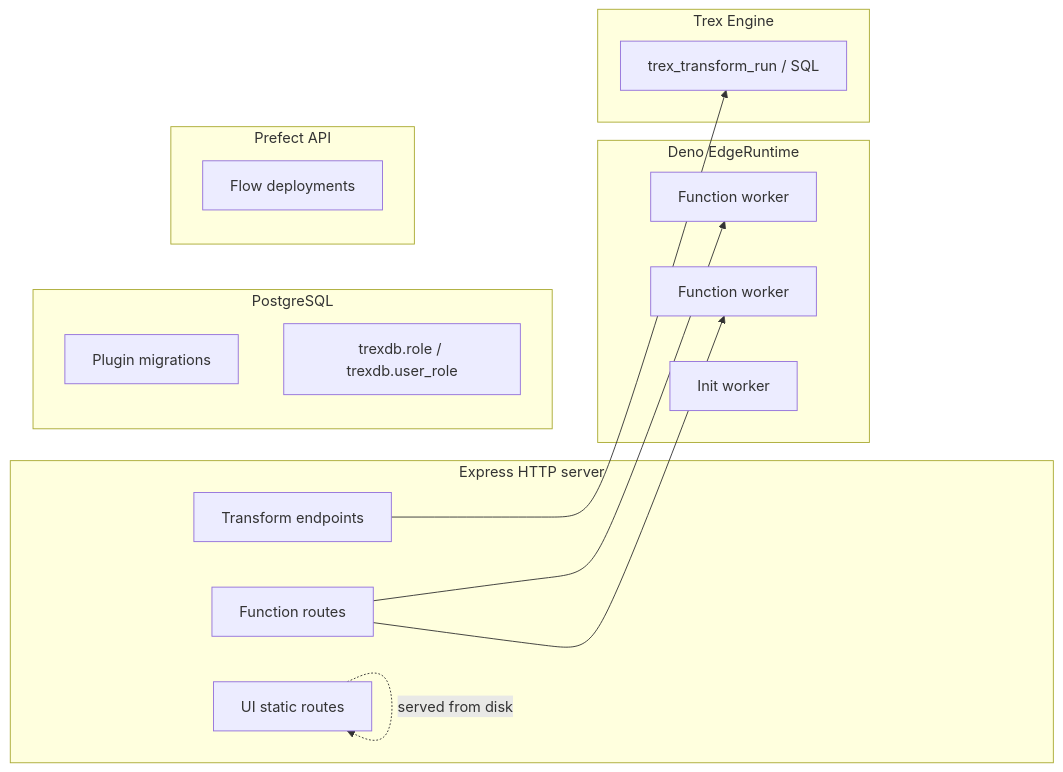
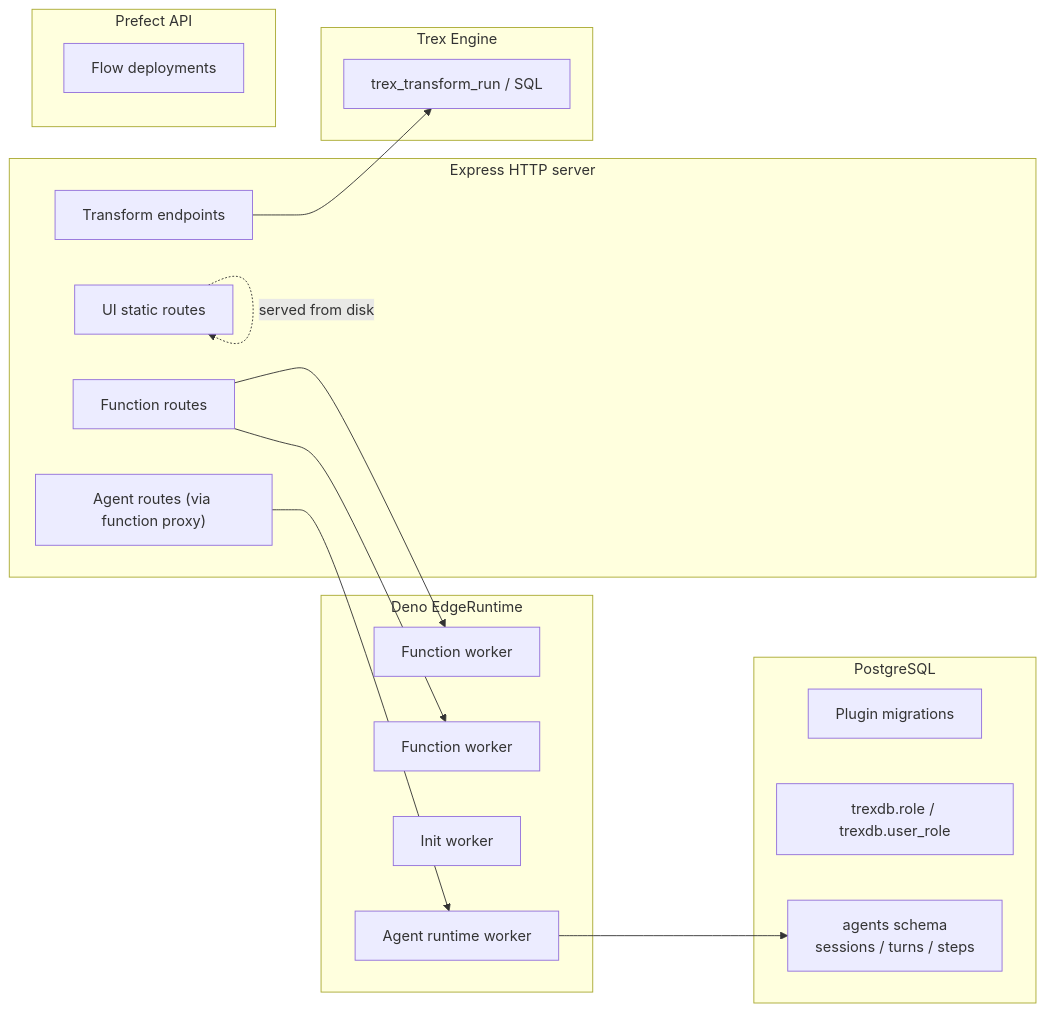
Before and after one commit to OHDSI/trex: the second of 2 diagrams in plugins/docs/docs/concepts/plugin-system.md, drawn with Mermaid. The commit also changed other lines of this file and 4 other files, not shown here.

First line of the commit message:
docs: add agent plugin type reference and update plugin-type diagrams

````diff
--- a/plugins/docs/docs/concepts/plugin-system.md
+++ b/plugins/docs/docs/concepts/plugin-system.md
@@ -106,32 +109,37 @@
 ```mermaid
 flowchart LR
     subgraph Express["Express HTTP server"]
         FunctionRoutes["Function routes"]
         UIStatic["UI static routes"]
         TransformEP["Transform endpoints"]
+        AgentRoutes["Agent routes (via function proxy)"]
     end
 
     subgraph DenoRuntime["Deno EdgeRuntime"]
         FnWorker1["Function worker"]
         FnWorker2["Function worker"]
         InitWorker["Init worker"]
+        AgentWorker["Agent runtime worker"]
     end
 
     subgraph TrexEngine["Trex Engine"]
         TrexQuery["trex_transform_run / SQL"]
     end
 
     subgraph PG["PostgreSQL"]
         Migrations["Plugin migrations"]
         Roles["trexdb.role / trexdb.user_role"]
+        AgentState["agents schema<br/>sessions / turns / steps"]
     end
 
     subgraph Prefect["Prefect API"]
         FlowDeploy["Flow deployments"]
     end
 
     FunctionRoutes --> FnWorker1
     FunctionRoutes --> FnWorker2
     TransformEP --> TrexQuery
+    AgentRoutes --> AgentWorker
+    AgentWorker --> AgentState
     UIStatic -.->|served from disk| UIStatic
 ```
````
